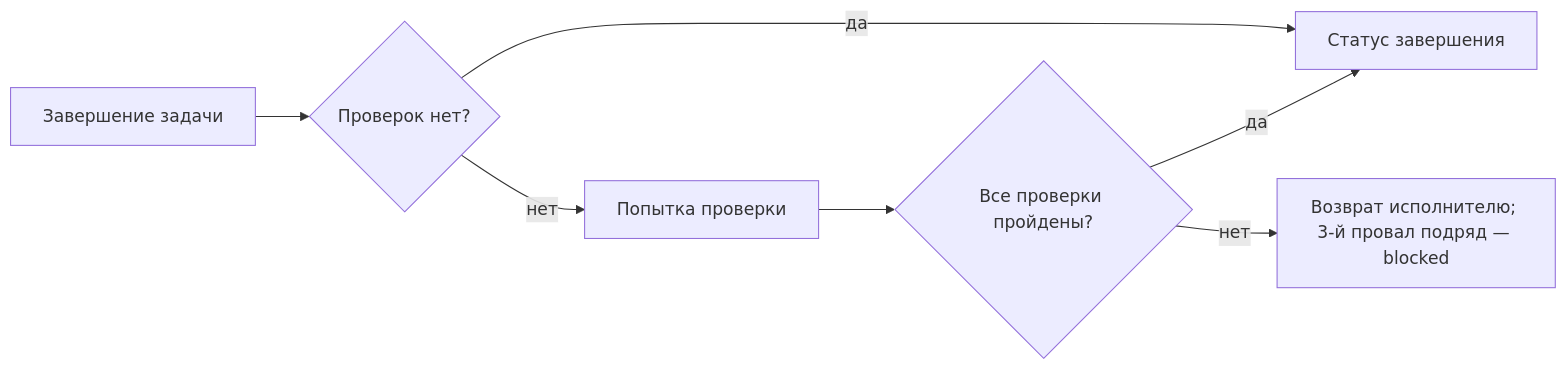
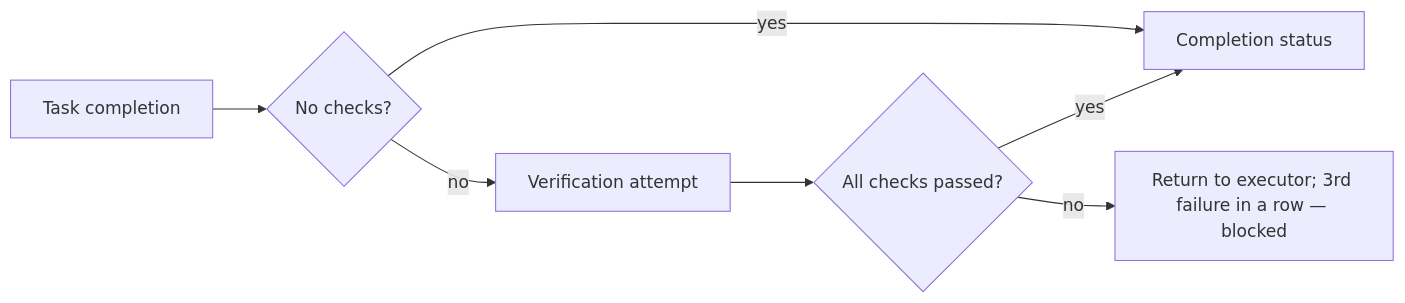
Before and after one commit to monthu56/taimen: the fourth of 4 diagrams in guide/docs/control-plane/goals-and-evidence.md, drawn with Mermaid. The commit also changed other lines of this file and 183 other files, not shown here.

````diff
--- a/guide/docs/control-plane/goals-and-evidence.md
+++ b/guide/docs/control-plane/goals-and-evidence.md
@@ -303,9 +304,9 @@
 ```mermaid
 flowchart LR
-    C["Завершение задачи"] --> A{"Проверок нет?"}
-    A -- да --> D["Статус завершения"]
-    A -- нет --> V["Попытка проверки"]
-    V --> P{"Все проверки пройдены?"}
-    P -- да --> D
-    P -- нет --> R["Возврат исполнителю; 3-й провал подряд — blocked"]
+    C["Task completion"] --> A{"No checks?"}
+    A -- yes --> D["Completion status"]
+    A -- no --> V["Verification attempt"]
+    V --> P{"All checks passed?"}
+    P -- yes --> D
+    P -- no --> R["Return to executor; 3rd failure in a row — blocked"]
 ```
````
